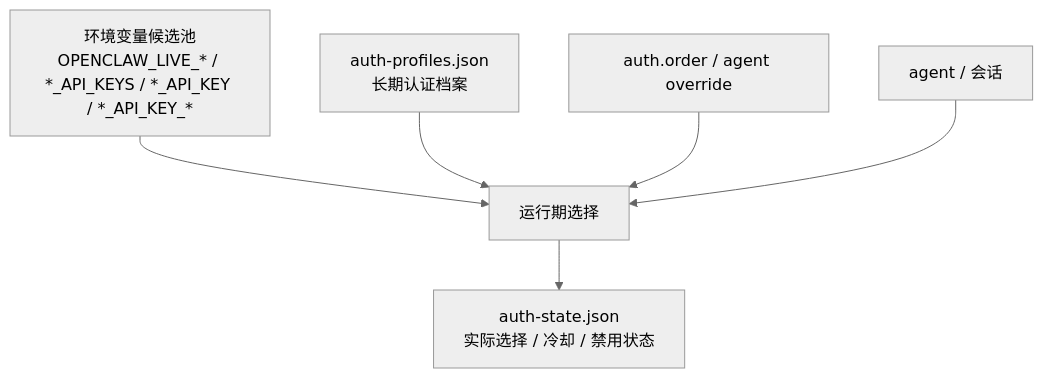
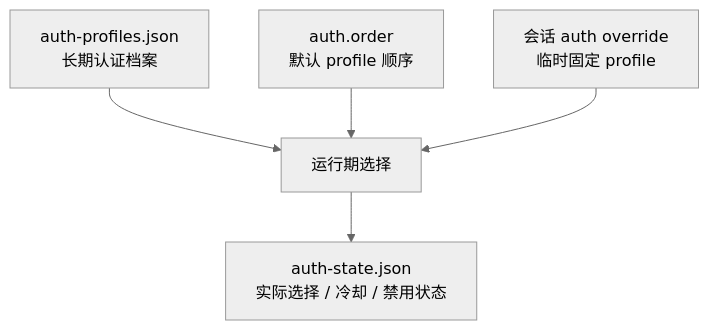
Before and after one commit to yeasy/openclaw_guide: the first of 2 diagrams in 11_reliability_security/11.1_auth_profiles.md, drawn with Mermaid (neutral theme). The commit also changed other lines of this file and 53 other files, not shown here.

````diff
--- a/11_reliability_security/11.1_auth_profiles.md
+++ b/11_reliability_security/11.1_auth_profiles.md
@@ -19,8 +19,7 @@
 ```mermaid
 flowchart TD
-  E["环境变量候选池<br/>OPENCLAW_LIVE_* / *_API_KEYS / *_API_KEY / *_API_KEY_*"] --> S["运行期选择"]
   P["auth-profiles.json<br/>长期认证档案"] --> S
-  O["auth.order / agent override"] --> S
-  A["agent / 会话"] --> S["运行期选择"]
+  O["auth.order<br/>默认 profile 顺序"] --> S
+  A["会话 auth override<br/>临时固定 profile"] --> S["运行期选择"]
   S --> AP["auth-state.json<br/>实际选择 / 冷却 / 禁用状态"]
 ```
````
